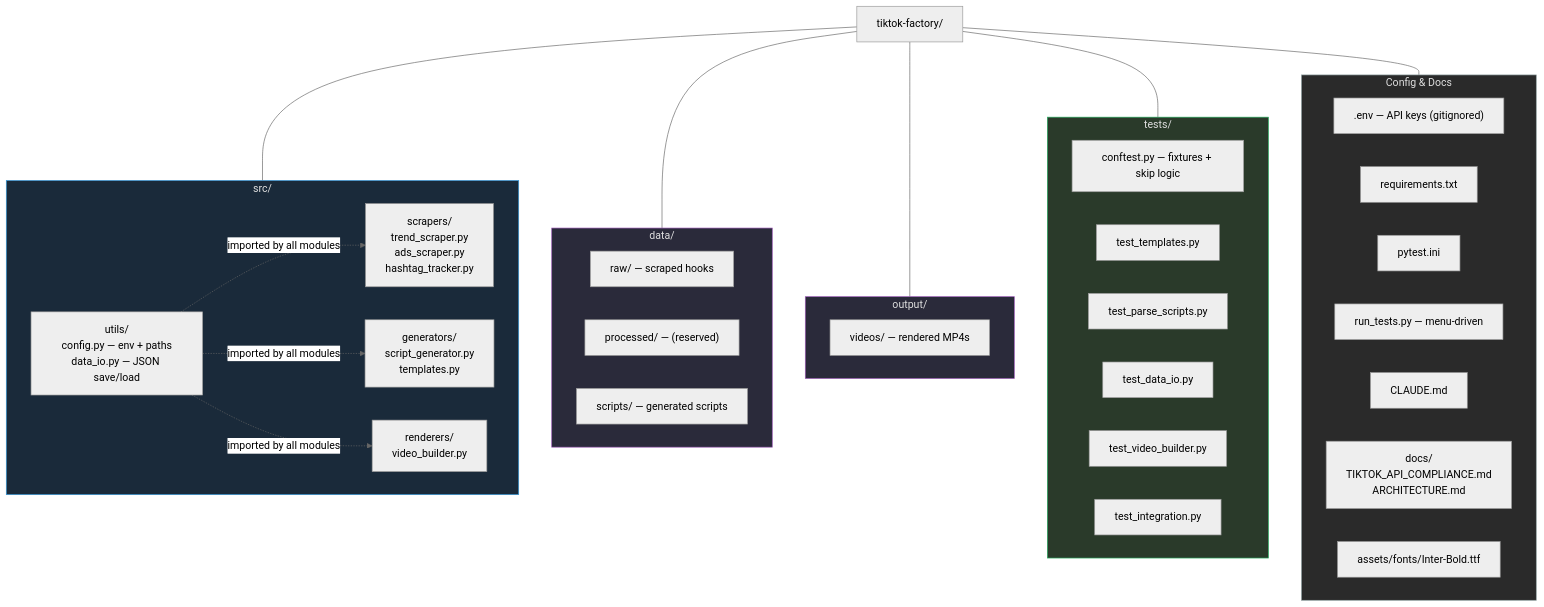
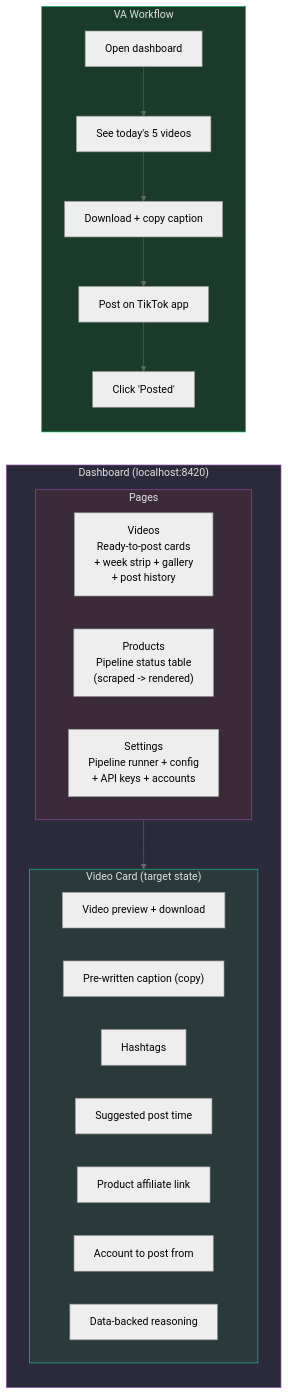
Before and after one commit to Heybigs3/Tiktok-shop-factory-: the sixth of 6 diagrams in docs/ARCHITECTURE.md, drawn with Mermaid (neutral theme). The commit also changed other lines of this file and 92 other files, not shown here.

First line of the commit message:
Add Phases 2-5: analyzers, dashboard, publishers, renderers, Niche Radar, and full test suite

````diff
--- a/docs/ARCHITECTURE.md
+++ b/docs/ARCHITECTURE.md
@@ -308,54 +794,36 @@
 ```mermaid
-flowchart TD
-    ROOT["tiktok-factory/"]
+flowchart LR
+    subgraph dashboard["Dashboard (localhost:8420)"]
+        subgraph pages["Pages"]
+            P1["Videos\nReady-to-post cards\n+ week strip + gallery\n+ post history"]
+            P2["Products\nPipeline status table\n(scraped -> rendered)"]
+            P3["Settings\nPipeline runner + config\n+ API keys + accounts"]
+        end
 
-    subgraph src["src/"]
-        UTILS["utils/<br/>config.py — env + paths<br/>data_io.py — JSON save/load"]
-        SCRAPERS["scrapers/<br/>trend_scraper.py<br/>ads_scraper.py<br/>hashtag_tracker.py"]
-        GENERATORS["generators/<br/>script_generator.py<br/>templates.py"]
-        RENDERERS["renderers/<br/>video_builder.py"]
+        subgraph card["Video Card (target state)"]
+            C1["Video preview + download"]
+            C2["Pre-written caption (copy)"]
+            C3["Hashtags"]
+            C4["Suggested post time"]
+            C5["Product affiliate link"]
+            C6["Account to post from"]
+            C7["Data-backed reasoning"]
+        end
     end
 
-    subgraph data_dir["data/"]
-        RAW["raw/ — scraped hooks"]
-        PROCESSED["processed/ — (reserved)"]
-        SCRIPTS["scripts/ — generated scripts"]
+    subgraph va["VA Workflow"]
+        V1["Open dashboard"]
+        V2["See today's 5 videos"]
+        V3["Download + copy caption"]
+        V4["Post on TikTok app"]
+        V5["Click 'Posted'"]
     end
 
-    subgraph output_dir["output/"]
-        VIDEOS["videos/ — rendered MP4s"]
-    end
+    pages --> card
+    V1 --> V2 --> V3 --> V4 --> V5
 
-    subgraph tests_dir["tests/"]
-        CONF["conftest.py — fixtures + skip logic"]
-        TF["test_templates.py"]
-        TP["test_parse_scripts.py"]
-        TD["test_data_io.py"]
-        TV["test_video_builder.py"]
-        TI["test_integration.py"]
-    end
-
-    subgraph other["Config & Docs"]
-        ENV[".env — API keys (gitignored)"]
-        REQ["requirements.txt"]
-        PYTEST["pytest.ini"]
-        RUNNER["run_tests.py — menu-driven"]
-        CLAUDE["CLAUDE.md"]
-        DOCS["docs/<br/>TIKTOK_API_COMPLIANCE.md<br/>ARCHITECTURE.md"]
-        ASSETS["assets/fonts/Inter-Bold.ttf"]
-    end
-
-    ROOT --- src
-    ROOT --- data_dir
-    ROOT --- output_dir
-    ROOT --- tests_dir
-    ROOT --- other
-
-    UTILS -.->|"imported by all modules"| SCRAPERS & GENERATORS & RENDERERS
-
-    style src fill:#1a2a3a,stroke:#3498db,color:#e0e0e0
-    style data_dir fill:#2a2a3a,stroke:#9b59b6,color:#e0e0e0
-    style output_dir fill:#2a2a3a,stroke:#9b59b6,color:#e0e0e0
-    style tests_dir fill:#2a3a2a,stroke:#27ae60,color:#e0e0e0
-    style other fill:#2a2a2a,stroke:#95a5a6,color:#e0e0e0
+    style dashboard fill:#2a2a3a,stroke:#9b59b6,color:#e0e0e0
+    style pages fill:#3a2a3a,stroke:#8e44ad,color:#e0e0e0
+    style card fill:#2a3a3a,stroke:#1abc9c,color:#e0e0e0
+    style va fill:#1a3a2a,stroke:#2ecc71,color:#e0e0e0
 ```
````
